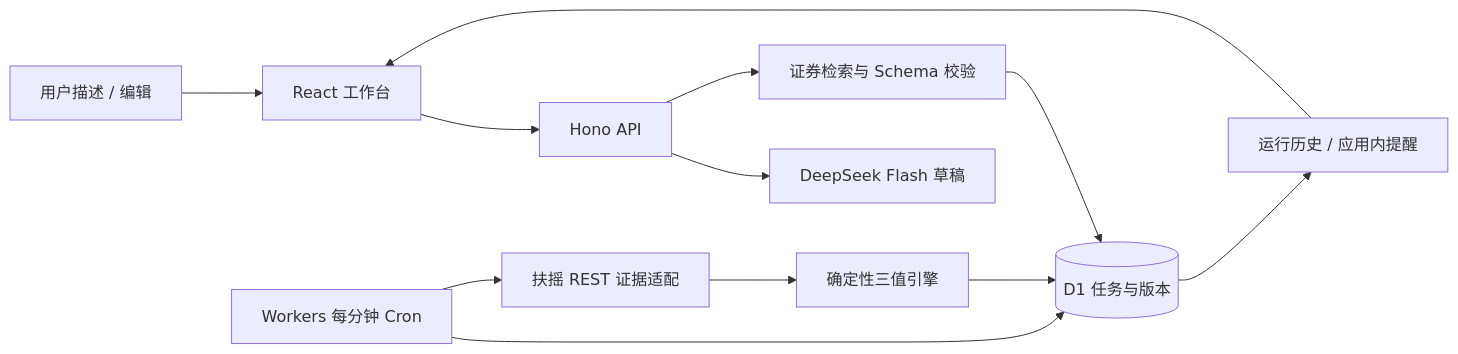
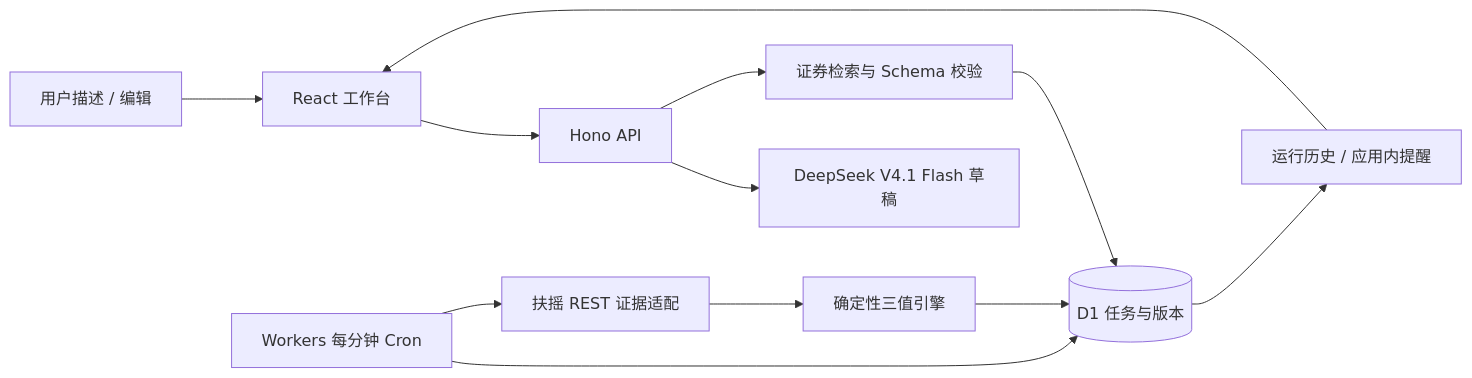
One commit to DimYoung-lab/zhiyin-risk-radar changed the diagram in docs/DESIGN.md. Above: the diagram before and after it, drawn with Mermaid. The commit also changed other lines of this file and 12 other files, not shown here.

````diff
--- a/docs/DESIGN.md
+++ b/docs/DESIGN.md
@@ -31,14 +31,14 @@
 ```mermaid
 flowchart LR
     U[用户描述 / 编辑] --> C[React 工作台]
     C --> P[Hono API]
-    P --> L[DeepSeek Flash 草稿]
+    P --> L[DeepSeek V4.1 Flash 草稿]
     P --> S[证券检索与 Schema 校验]
     S --> D[(D1 任务与版本)]
     T[Workers 每分钟 Cron] --> D
     T --> F[扶摇 REST 证据适配]
     F --> E[确定性三值引擎]
     E --> D
     D --> R[运行历史 / 应用内提醒]
     R --> C
 ```
````
